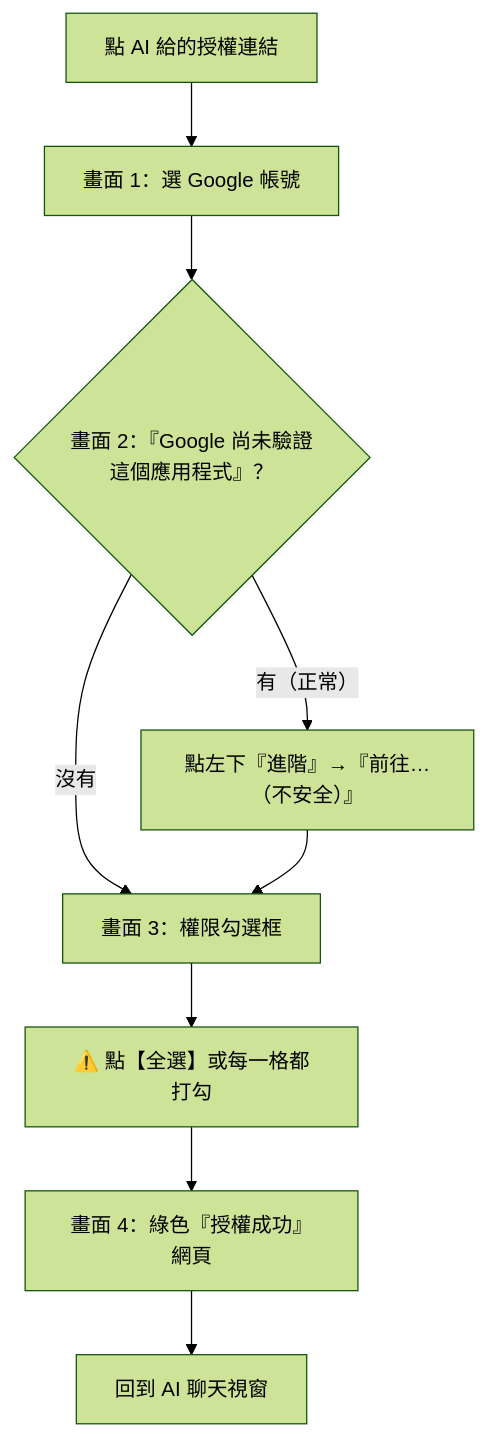
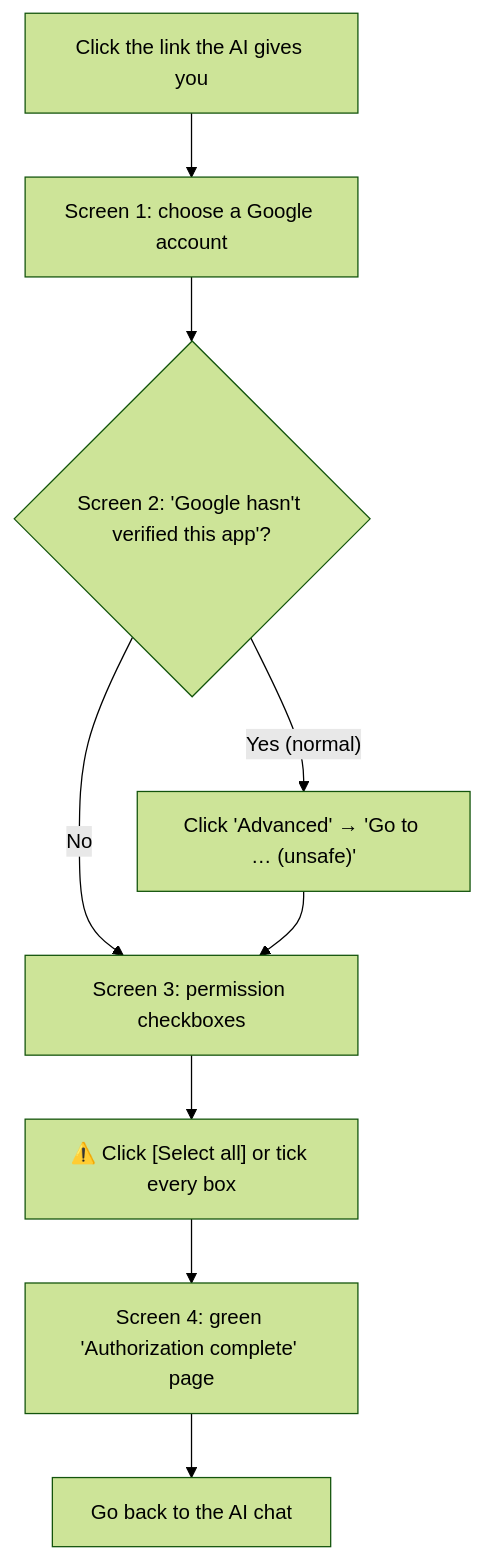
Before and after one commit to nutcelvischen-jpg/googleworkspaceskill: the diagram in references/student_oauth_cheatsheet.md, drawn with Mermaid (forest theme). The commit also changed other lines of this file and 3 other files, not shown here.

````diff
--- a/references/student_oauth_cheatsheet.md
+++ b/references/student_oauth_cheatsheet.md
@@ -12,11 +12,11 @@
 ```mermaid
 flowchart TD
-    S0["點 AI 給的授權連結"] --> S1["畫面 1：選 Google 帳號"]
-    S1 --> S2{"畫面 2：『Google 尚未驗證這個應用程式』？"}
-    S2 -- "有（正常）" --> S2a["點左下『進階』→『前往…（不安全）』"]
-    S2 -- "沒有" --> S3
-    S2a --> S3["畫面 3：權限勾選框"]
-    S3 --> S3a["⚠️ 點【全選】或每一格都打勾"]
-    S3a --> S4["畫面 4：綠色『授權成功』網頁"]
-    S4 --> Done["回到 AI 聊天視窗"]
+    S0["Click the link the AI gives you"] --> S1["Screen 1: choose a Google account"]
+    S1 --> S2{"Screen 2: 'Google hasn't verified this app'?"}
+    S2 -- "Yes (normal)" --> S2a["Click 'Advanced' → 'Go to … (unsafe)'"]
+    S2 -- "No" --> S3
+    S2a --> S3["Screen 3: permission checkboxes"]
+    S3 --> S3a["⚠️ Click [Select all] or tick every box"]
+    S3a --> S4["Screen 4: green 'Authorization complete' page"]
+    S4 --> Done["Go back to the AI chat"]
 ```
````
